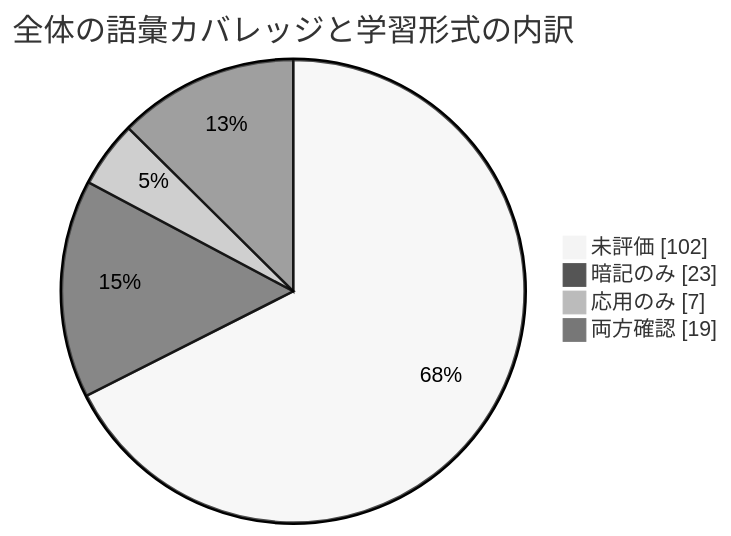
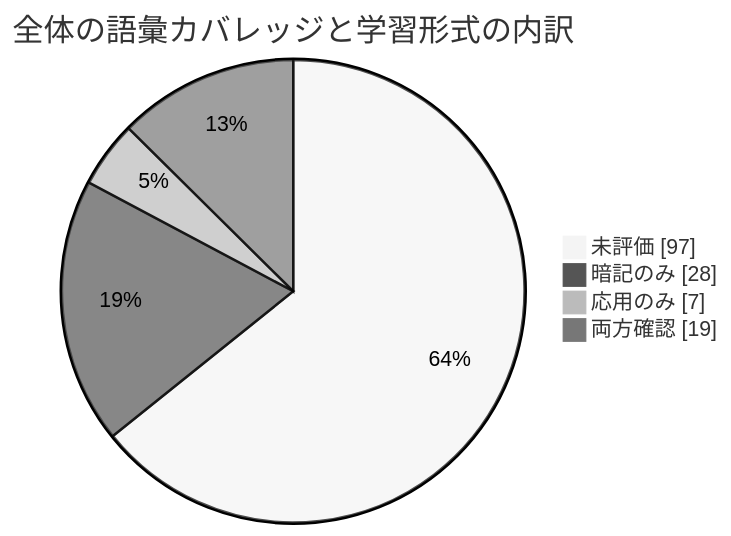
Before and after one commit to ryusuke2003/security-specialist-study: the diagram in 進捗/モチベ.md, drawn with Mermaid (neutral theme). The commit also changed other lines of this file and 6 other files, not shown here.

````diff
--- a/進捗/モチベ.md
+++ b/進捗/モチベ.md
@@ -5,8 +5,8 @@
 ```mermaid
 pie showData
     title 全体の語彙カバレッジと学習形式の内訳
-    "未評価" : 102
-    "暗記のみ" : 23
+    "未評価" : 97
+    "暗記のみ" : 28
     "応用のみ" : 7
     "両方確認" : 19
 ```
````
